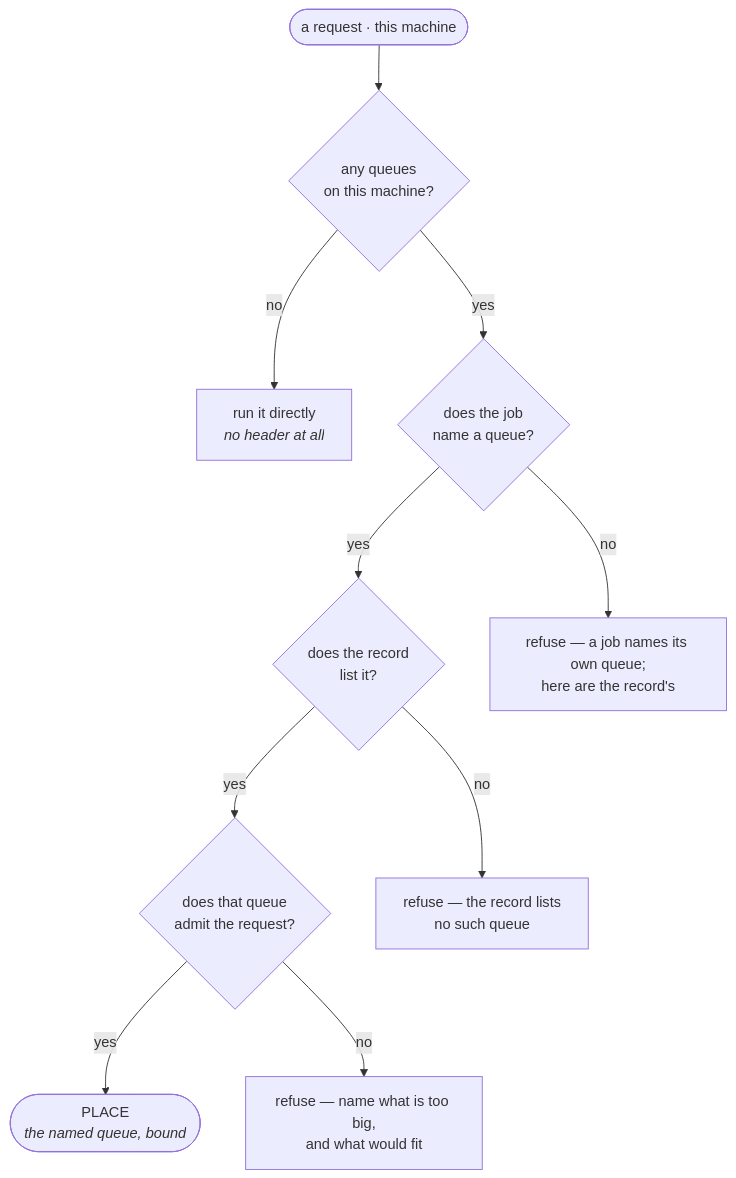
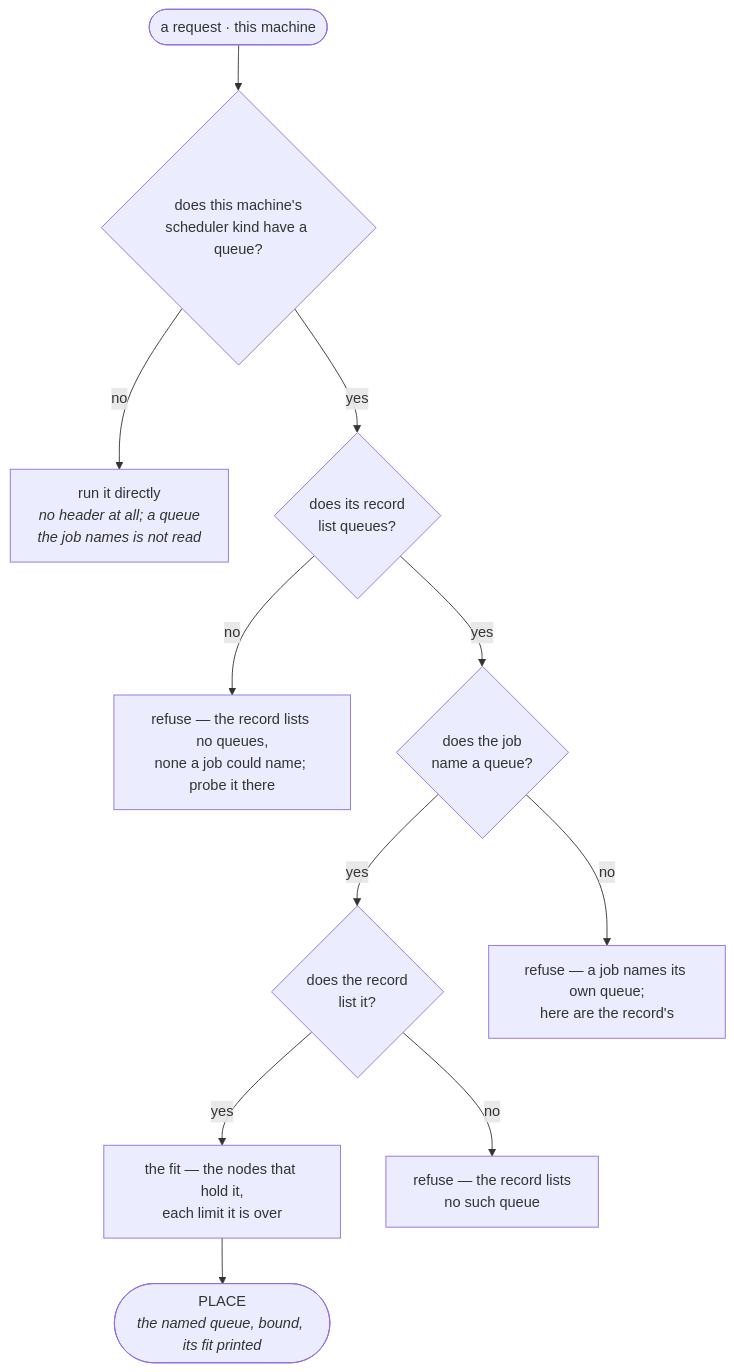
One commit to Qing-LAB/molbuilder changed the diagram in docs/execution/scheduler.md. Above: the diagram before and after it, drawn with Mermaid. The commit also changed other lines of this file and 66 other files, not shown here.

First line of the commit message:
The machine's record is shown, never a veto (2.11.0)

````diff
--- a/docs/execution/scheduler.md
+++ b/docs/execution/scheduler.md
@@ -594,23 +598,25 @@
 ```mermaid
 flowchart TD
   START(["a request · this machine"])
-  Q0{"any queues<br/>on this machine?"}
-  DIRECT["run it directly<br/><i>no header at all</i>"]
+  Q0{"does this machine's<br/>scheduler kind have a queue?"}
+  DIRECT["run it directly<br/><i>no header at all; a queue<br/>the job names is not read</i>"]
+  QR{"does its record<br/>list queues?"}
+  RN["refuse — the record lists no queues,<br/>none a job could name; probe it there"]
   Q1{"does the job<br/>name a queue?"}
   QL{"does the record<br/>list it?"}
-  Q2{"does that queue<br/>admit the request?"}
-  PLACE(["PLACE<br/><i>the named queue, bound</i>"])
+  FIT["the fit — the nodes that hold it,<br/>each limit it is over"]
+  PLACE(["PLACE<br/><i>the named queue, bound, its fit printed</i>"])
   RU["refuse — a job names its own queue;<br/>here are the record's"]
   RL["refuse — the record lists<br/>no such queue"]
-  RN["refuse — name what is too big,<br/>and what would fit"]
 
   START --> Q0
   Q0 -- no --> DIRECT
-  Q0 -- yes --> Q1
+  Q0 -- yes --> QR
+  QR -- no --> RN
+  QR -- yes --> Q1
   Q1 -- no --> RU
   Q1 -- yes --> QL
   QL -- no --> RL
-  QL -- yes --> Q2
-  Q2 -- yes --> PLACE
-  Q2 -- no --> RN
+  QL -- yes --> FIT
+  FIT --> PLACE
 ```
````
